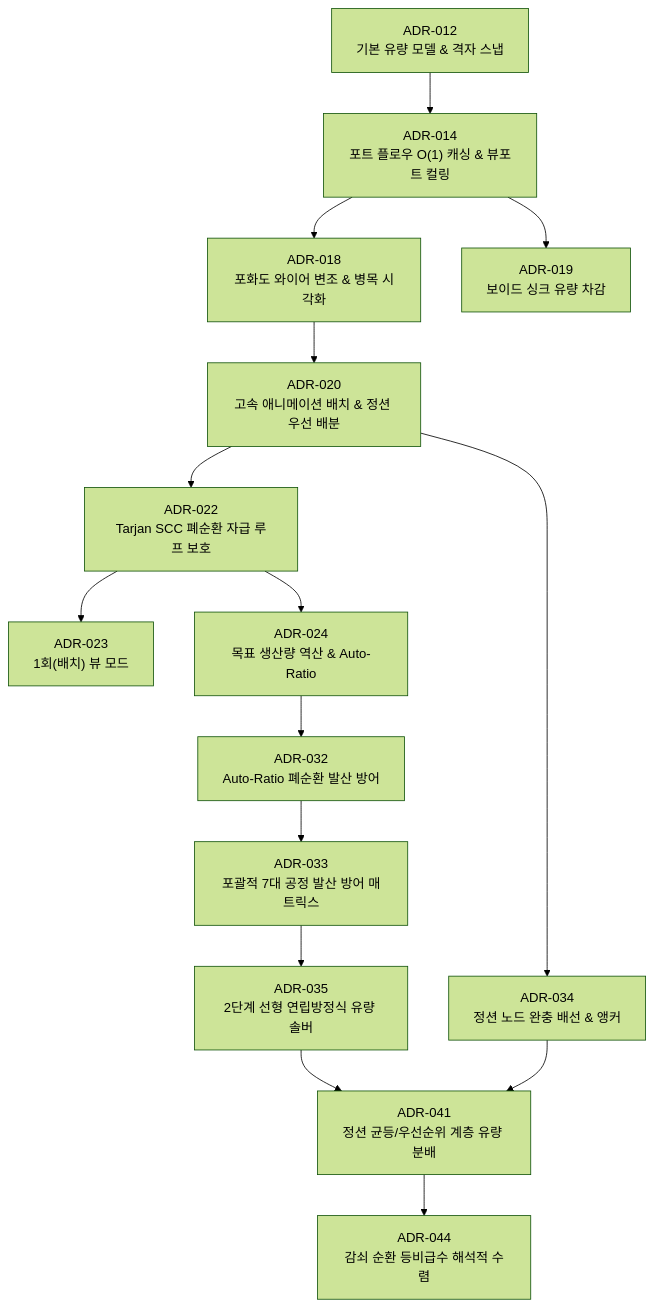
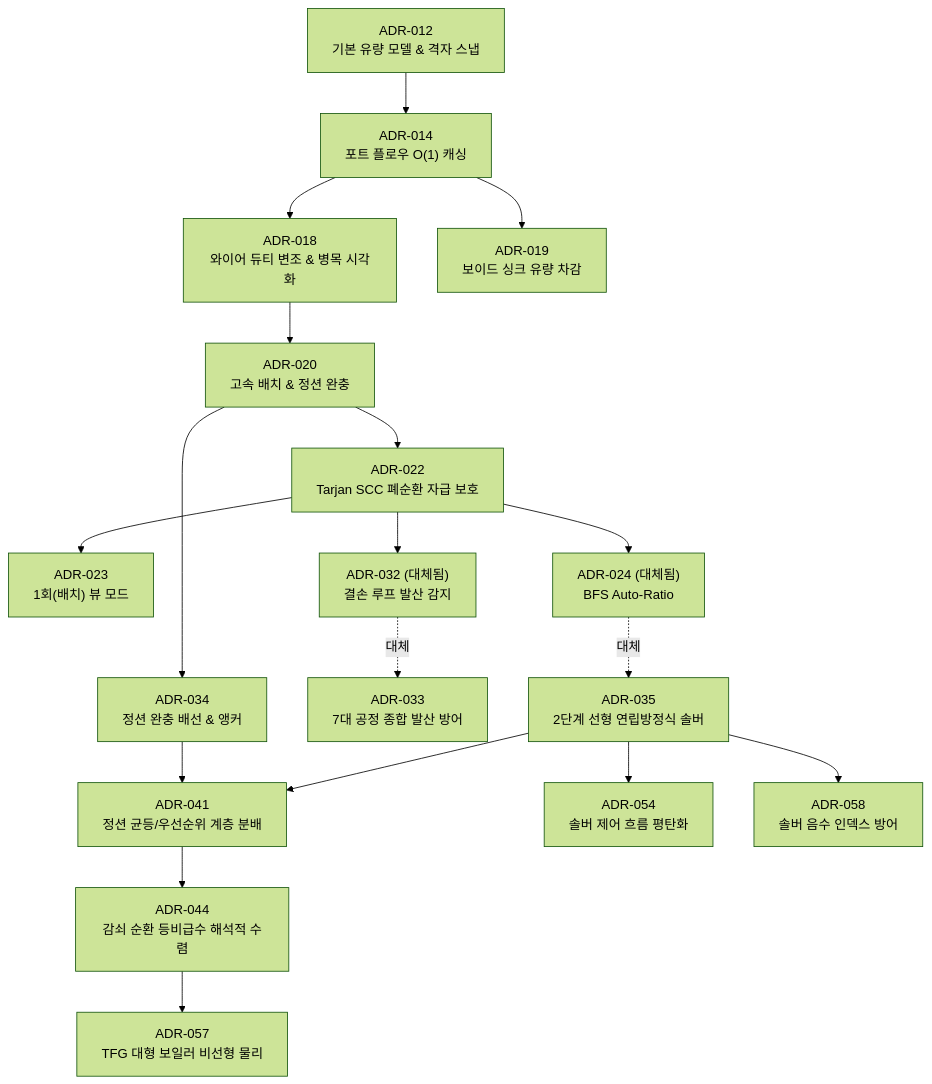
One commit to Amvermain/GregTechCalculatorBoard changed the second of 4 diagrams in docs/adr/README.md. Above: the diagram before and after it, drawn with Mermaid (forest theme). The commit also changed other lines of this file and 166 other files, not shown here.

````diff
--- a/docs/adr/README.md
+++ b/docs/adr/README.md
@@ -35,17 +37,20 @@
 ```mermaid
 flowchart TD
-    ADR012["ADR-012<br/>기본 유량 모델 & 격자 스냅"] --> ADR014["ADR-014<br/>포트 플로우 O(1) 캐싱 & 뷰포트 컬링"]
-    ADR014 --> ADR018["ADR-018<br/>포화도 와이어 변조 & 병목 시각화"]
+    ADR012["ADR-012<br/>기본 유량 모델 & 격자 스냅"] --> ADR014["ADR-014<br/>포트 플로우 O(1) 캐싱"]
+    ADR014 --> ADR018["ADR-018<br/>와이어 듀티 변조 & 병목 시각화"]
     ADR014 --> ADR019["ADR-019<br/>보이드 싱크 유량 차감"]
-    ADR018 --> ADR020["ADR-020<br/>고속 애니메이션 배치 & 정션 우선 배분"]
-    ADR020 --> ADR022["ADR-022<br/>Tarjan SCC 폐순환 자급 루프 보호"]
+    ADR018 --> ADR020["ADR-020<br/>고속 배치 & 정션 완충"]
+    ADR020 --> ADR022["ADR-022<br/>Tarjan SCC 폐순환 자급 보호"]
     ADR022 --> ADR023["ADR-023<br/>1회(배치) 뷰 모드"]
-    ADR022 --> ADR024["ADR-024<br/>목표 생산량 역산 & Auto-Ratio"]
-    ADR024 --> ADR032["ADR-032<br/>Auto-Ratio 폐순환 발산 방어"]
-    ADR032 --> ADR033["ADR-033<br/>포괄적 7대 공정 발산 방어 매트릭스"]
-    ADR020 --> ADR034["ADR-034<br/>정션 노드 완충 배선 & 앵커"]
-    ADR033 --> ADR035["ADR-035<br/>2단계 선형 연립방정식 유량 솔버"]
-    ADR034 --> ADR041["ADR-041<br/>정션 균등/우선순위 계층 유량 분배"]
-    ADR035 --> ADR041
+    ADR022 --> ADR024["ADR-024 (대체됨)<br/>BFS Auto-Ratio"]
+    ADR024 -.->|대체| ADR035["ADR-035<br/>2단계 선형 연립방정식 솔버"]
+    ADR022 --> ADR032["ADR-032 (대체됨)<br/>결손 루프 발산 감지"]
+    ADR032 -.->|대체| ADR033["ADR-033<br/>7대 공정 종합 발산 방어"]
+    ADR020 --> ADR034["ADR-034<br/>정션 완충 배선 & 앵커"]
+    ADR035 --> ADR041["ADR-041<br/>정션 균등/우선순위 계층 분배"]
+    ADR034 --> ADR041
     ADR041 --> ADR044["ADR-044<br/>감쇠 순환 등비급수 해석적 수렴"]
+    ADR035 --> ADR054["ADR-054<br/>솔버 제어 흐름 평탄화"]
+    ADR044 --> ADR057["ADR-057<br/>TFG 대형 보일러 비선형 물리"]
+    ADR035 --> ADR058["ADR-058<br/>솔버 음수 인덱스 방어"]
 ```
````
